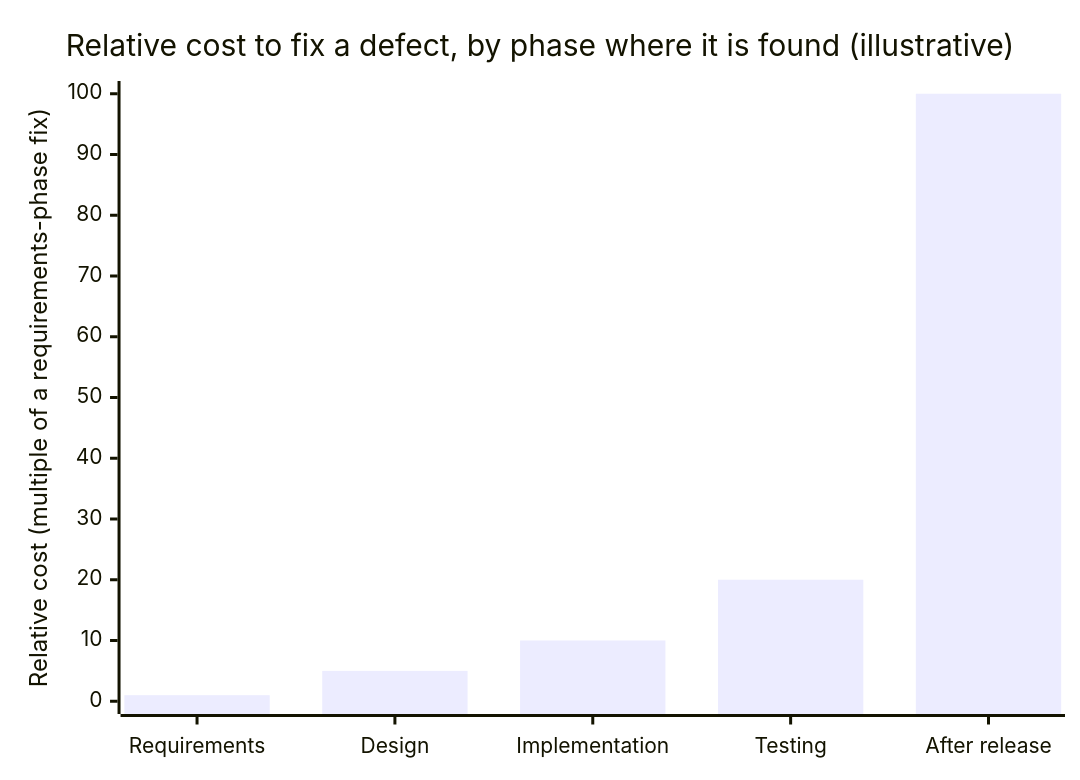
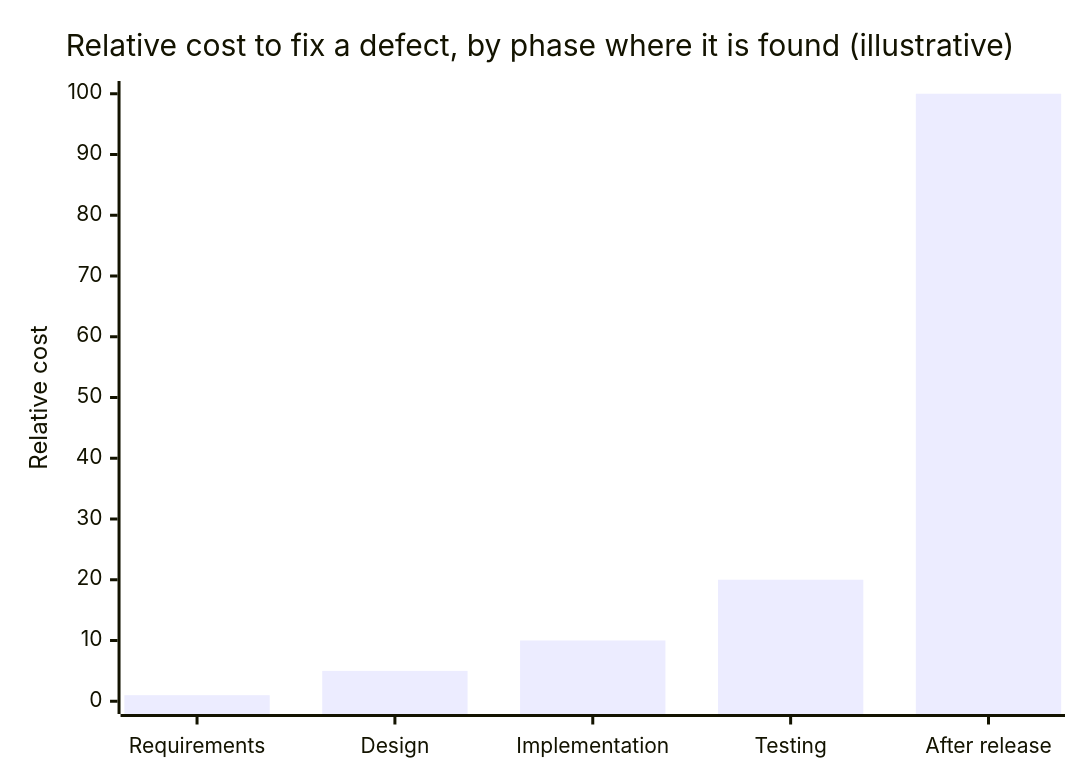
One commit to tghastings/open-swe-book changed the third of 5 diagrams in chapters/02-software-development-processes/README.md. Above: the diagram before and after it, drawn with Mermaid. The commit also changed other lines of this file and 55 other files, not shown here.

````diff
--- a/chapters/02-software-development-processes/README.md
+++ b/chapters/02-software-development-processes/README.md
@@ -537,7 +556,7 @@
 ```mermaid
 xychart-beta
     title "Relative cost to fix a defect, by phase where it is found (illustrative)"
     x-axis ["Requirements", "Design", "Implementation", "Testing", "After release"]
-    y-axis "Relative cost (multiple of a requirements-phase fix)" 0 --> 100
+    y-axis "Relative cost" 0 --> 100
     bar [1, 5, 10, 20, 100]
 ```
````
